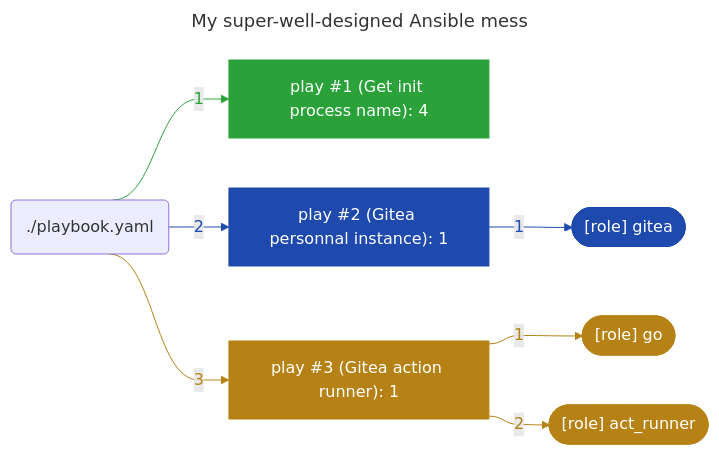
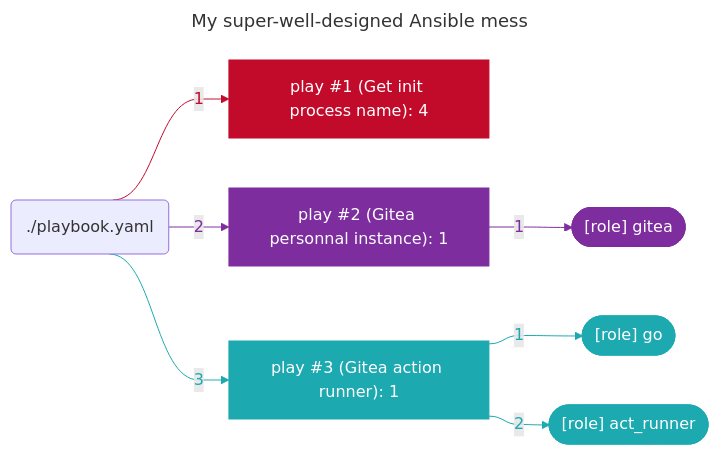
One commit to boyreau/boyreau changed the diagram in README.md. Above: the diagram before and after it, drawn with Mermaid.

Commit message:
profile graph automatic update

````diff
--- a/README.md
+++ b/README.md
@@ -48,47 +48,47 @@
 ```mermaid
 ---
 title: "My super-well-designed Ansible mess"
 ---
 %%{ init: { "flowchart": { "curve": "bumpX" } } }%%
 flowchart LR
 	%% Start of the playbook './playbook.yaml'
-	playbook_f0f51659("./playbook.yaml")
+	playbook_fb7ee37c("./playbook.yaml")
 		%% Start of the play 'play #1 (Get init process name): 4'
-		play_4bcc3439["play #1 (Get init process name): 4"]
-		style play_4bcc3439 stroke:#2aa239,fill:#2aa239,color:#ffffff
-		playbook_f0f51659 --> |"1"| play_4bcc3439
-		linkStyle 0 stroke:#2aa239,color:#2aa239
+		play_1290e5c2["play #1 (Get init process name): 4"]
+		style play_1290e5c2 stroke:#c20a2a,fill:#c20a2a,color:#ffffff
+		playbook_fb7ee37c --> |"1"| play_1290e5c2
+		linkStyle 0 stroke:#c20a2a,color:#c20a2a
 		%% End of the play 'play #1 (Get init process name): 4'
 		%% Start of the play 'play #2 (Gitea personnal instance): 1'
-		play_39d04371["play #2 (Gitea personnal instance): 1"]
-		style play_39d04371 stroke:#1e4aae,fill:#1e4aae,color:#ffffff
-		playbook_f0f51659 --> |"2"| play_39d04371
-		linkStyle 1 stroke:#1e4aae,color:#1e4aae
+		play_3d0f3d7e["play #2 (Gitea personnal instance): 1"]
+		style play_3d0f3d7e stroke:#7e2d9f,fill:#7e2d9f,color:#ffffff
+		playbook_fb7ee37c --> |"2"| play_3d0f3d7e
+		linkStyle 1 stroke:#7e2d9f,color:#7e2d9f
 			%% Start of the role '[role] gitea'
-			play_39d04371 --> |"1 "| role_aca34670
-			linkStyle 2 stroke:#1e4aae,color:#1e4aae
-			role_aca34670(["[role] gitea"])
-			style role_aca34670 fill:#1e4aae,color:#ffffff,stroke:#1e4aae
+			play_3d0f3d7e --> |"1 "| role_404d8218
+			linkStyle 2 stroke:#7e2d9f,color:#7e2d9f
+			role_404d8218(["[role] gitea"])
+			style role_404d8218 fill:#7e2d9f,color:#ffffff,stroke:#7e2d9f
 			%% End of the role '[role] gitea'
 		%% End of the play 'play #2 (Gitea personnal instance): 1'
 		%% Start of the play 'play #3 (Gitea action runner): 1'
-		play_ad7c5155["play #3 (Gitea action runner): 1"]
-		style play_ad7c5155 stroke:#b68216,fill:#b68216,color:#ffffff
-		playbook_f0f51659 --> |"3"| play_ad7c5155
-		linkStyle 3 stroke:#b68216,color:#b68216
+		play_3bc02ffb["play #3 (Gitea action runner): 1"]
+		style play_3bc02ffb stroke:#1ca9b0,fill:#1ca9b0,color:#ffffff
+		playbook_fb7ee37c --> |"3"| play_3bc02ffb
+		linkStyle 3 stroke:#1ca9b0,color:#1ca9b0
 			%% Start of the role '[role] go'
-			play_ad7c5155 --> |"1 "| role_5ad4b113
-			linkStyle 4 stroke:#b68216,color:#b68216
-			role_5ad4b113(["[role] go"])
-			style role_5ad4b113 fill:#b68216,color:#ffffff,stroke:#b68216
+			play_3bc02ffb --> |"1 "| role_afcea1f4
+			linkStyle 4 stroke:#1ca9b0,color:#1ca9b0
+			role_afcea1f4(["[role] go"])
+			style role_afcea1f4 fill:#1ca9b0,color:#ffffff,stroke:#1ca9b0
 			%% End of the role '[role] go'
 			%% Start of the role '[role] act_runner'
-			play_ad7c5155 --> |"2 "| role_98009d2b
-			linkStyle 5 stroke:#b68216,color:#b68216
-			role_98009d2b(["[role] act_runner"])
-			style role_98009d2b fill:#b68216,color:#ffffff,stroke:#b68216
+			play_3bc02ffb --> |"2 "| role_2dd85980
+			linkStyle 5 stroke:#1ca9b0,color:#1ca9b0
+			role_2dd85980(["[role] act_runner"])
+			style role_2dd85980 fill:#1ca9b0,color:#ffffff,stroke:#1ca9b0
 			%% End of the role '[role] act_runner'
 		%% End of the play 'play #3 (Gitea action runner): 1'
 	%% End of the playbook './playbook.yaml'
 
 ```
````
